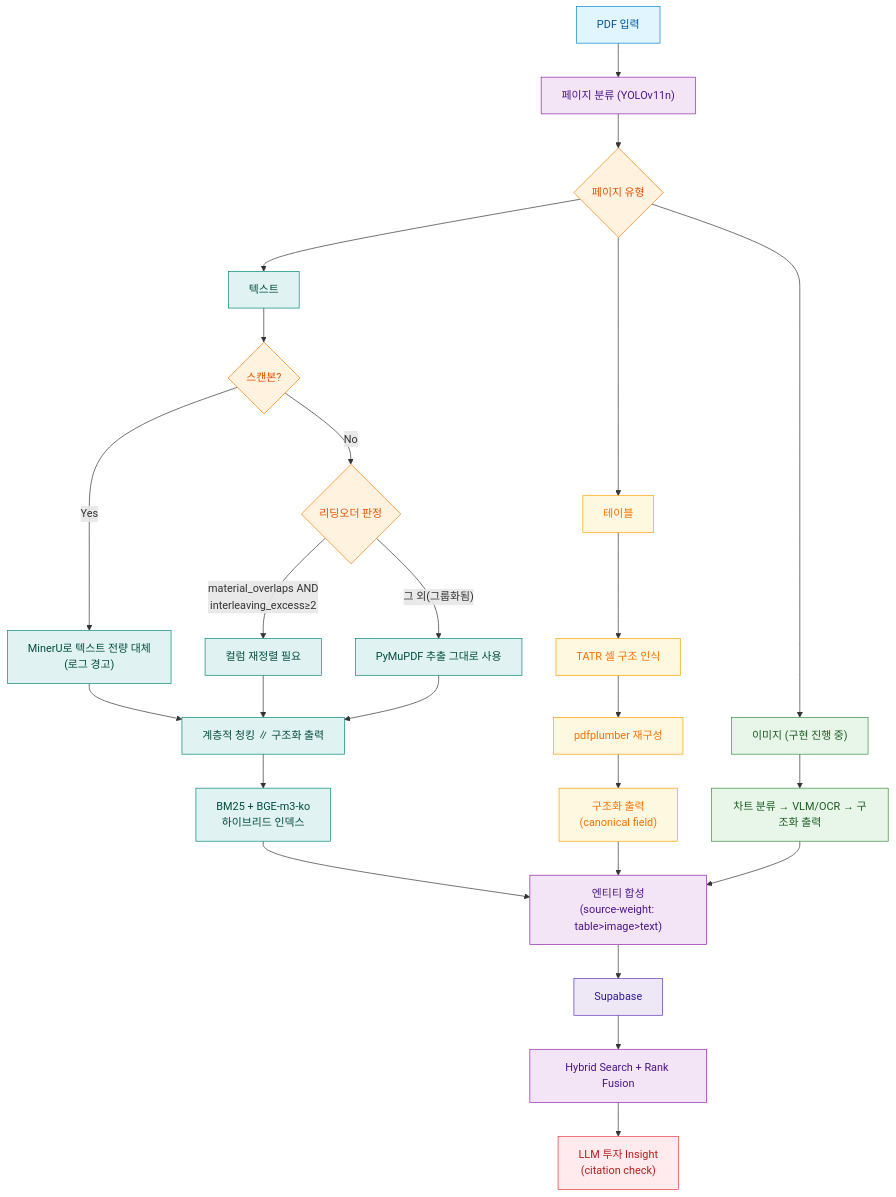
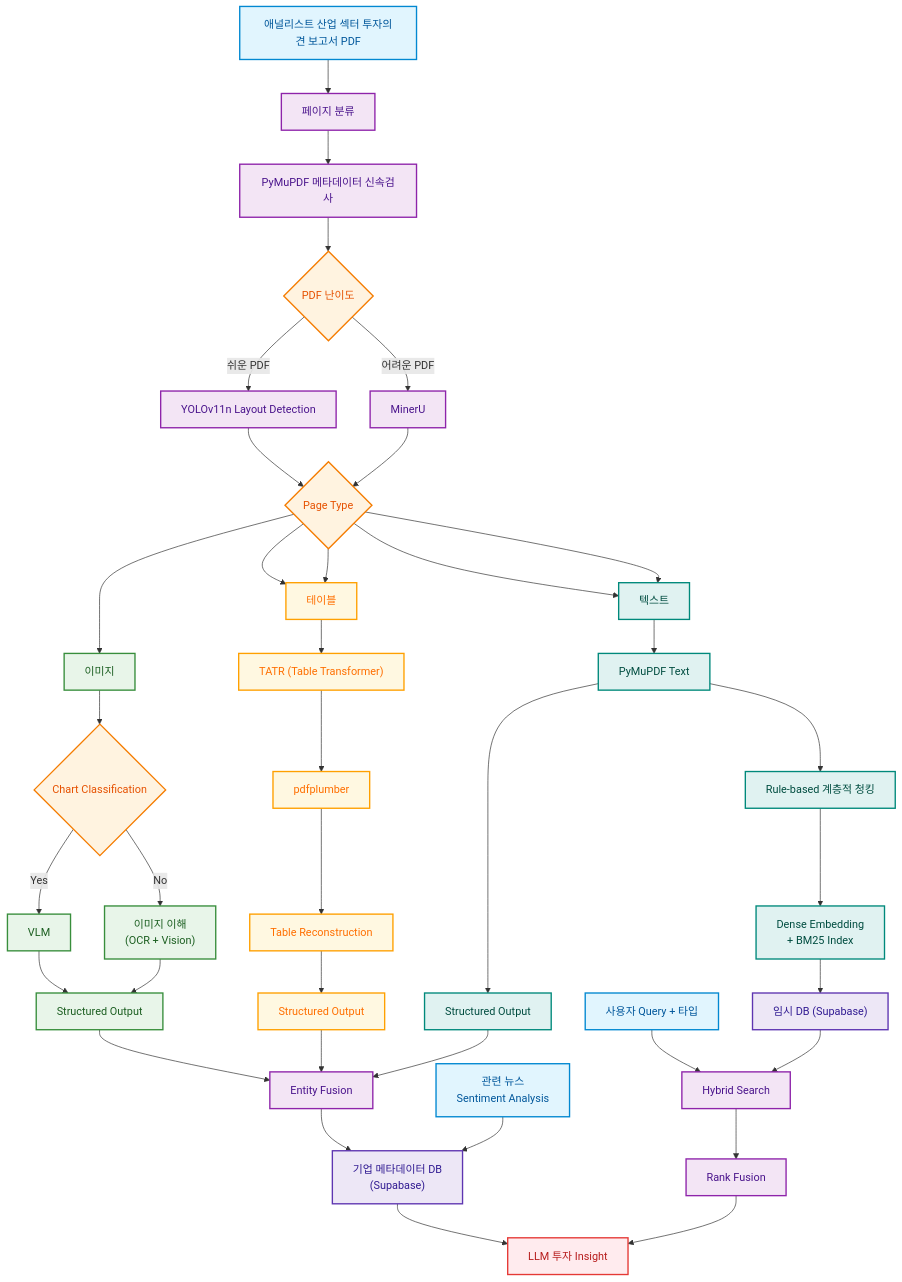
One commit to multiful/multimodality_RAG changed the diagram in README.md. Above: the diagram before and after it, drawn with Mermaid. The commit also changed other lines of this file, not shown here.

````diff
--- a/README.md
+++ b/README.md
@@ -9,38 +9,93 @@
 ```mermaid
 flowchart TD
-    A["PDF 입력"]:::inputFill --> B["페이지 분류 (YOLOv11n)"]:::processFill
-    B --> C{"페이지 유형"}:::branchFill
-    C --> TXT["텍스트"]:::textFill
-    C --> TAB["테이블"]:::tableFill
-    C --> IMG["이미지 (구현 진행 중)"]:::visionFill
 
-    TXT --> SCAN{"스캔본?"}:::branchFill
-    SCAN -->|Yes| MU["MinerU로 텍스트 전량 대체<br/>(로그 경고)"]:::textFill
-    SCAN -->|No| RO{"리딩오더 판정"}:::branchFill
-    RO -->|"material_overlaps AND<br/>interleaving_excess≥2"| HARD["컬럼 재정렬 필요"]:::textFill
-    RO -->|"그 외(그룹화됨)"| PM["PyMuPDF 추출 그대로 사용"]:::textFill
-    MU --> CHUNK["계층적 청킹 ∥ 구조화 출력"]:::textFill
-    HARD --> CHUNK
-    PM --> CHUNK
-    CHUNK --> IDX["BM25 + BGE-m3-ko<br/>하이브리드 인덱스"]:::textFill
+%% ---------------- STYLE DEFINITIONS ----------------
+classDef inputFill fill:#E1F5FE,stroke:#0288D1,stroke-width:2px,color:#01579B
+classDef branchFill fill:#FFF3E0,stroke:#F57C00,stroke-width:2px,color:#E65100
+classDef processFill fill:#F3E5F5,stroke:#8E24AA,stroke-width:2px,color:#4A148C
+classDef visionFill fill:#E8F5E9,stroke:#388E3C,stroke-width:2px,color:#1B5E20
+classDef tableFill fill:#FFF8E1,stroke:#FFA000,stroke-width:2px,color:#FF6F00
+classDef textFill fill:#E0F2F1,stroke:#00897B,stroke-width:2px,color:#004D40
+classDef dbFill fill:#EDE7F6,stroke:#5E35B1,stroke-width:2px,color:#311B92
+classDef outputFill fill:#FFEBEE,stroke:#E53935,stroke-width:2px,color:#B71C1C
 
-    TAB --> TATR["TATR 셀 구조 인식"]:::tableFill --> PLB["pdfplumber 재구성"]:::tableFill --> TABSO["구조화 출력<br/>(canonical field)"]:::tableFill
+%% ---------------- NODES & LINKS ----------------
+A["애널리스트 산업 섹터 투자의견 보고서 PDF"]:::inputFill
 
-    IMG --> IMGSO["차트 분류 → VLM/OCR → 구조화 출력"]:::visionFill
+A --> B["페이지 분류"]:::processFill
 
-    IDX --> FUSION["엔티티 합성<br/>(source-weight: table>image>text)"]:::processFill
-    TABSO --> FUSION
-    IMGSO --> FUSION
-    FUSION --> DB["Supabase"]:::dbFill
-    DB --> SEARCH["Hybrid Search + Rank Fusion"]:::processFill
-    SEARCH --> LLM["LLM 투자 Insight<br/>(citation check)"]:::outputFill
+B --> C["PyMuPDF 메타데이터 신속검사"]:::processFill
 
-    classDef inputFill fill:#E1F5FE,stroke:#0288D1,color:#01579B
-    classDef branchFill fill:#FFF3E0,stroke:#F57C00,color:#E65100
-    classDef processFill fill:#F3E5F5,stroke:#8E24AA,color:#4A148C
-    classDef visionFill fill:#E8F5E9,stroke:#388E3C,color:#1B5E20
-    classDef tableFill fill:#FFF8E1,stroke:#FFA000,color:#FF6F00
-    classDef textFill fill:#E0F2F1,stroke:#00897B,color:#004D40
-    classDef dbFill fill:#EDE7F6,stroke:#5E35B1,color:#311B92
-    classDef outputFill fill:#FFEBEE,stroke:#E53935,color:#B71C1C
+C --> D{"PDF 난이도"}:::branchFill
+
+D -->|쉬운 PDF| E["YOLOv11n Layout Detection"]:::processFill
+D -->|어려운 PDF| F["MinerU"]:::processFill
+
+E --> G
+F --> G
+
+G{"Page Type"}:::branchFill
+
+%% ---------------- IMAGE ----------------
+G --> TAB
+G --> TXT
+G --> IMG["이미지"]:::visionFill
+
+IMG --> CHART{"Chart Classification"}:::branchFill
+
+CHART -->|Yes| VLM["VLM"]:::visionFill
+
+CHART -->|No| IMGOCR["이미지 이해<br/>(OCR + Vision)"]:::visionFill
+
+VLM --> IMGSO["Structured Output"]:::visionFill
+
+IMGOCR --> IMGSO
+
+%% ---------------- TABLE ----------------
+G --> TAB["테이블"]:::tableFill
+
+TAB --> TATR["TATR (Table Transformer)"]:::tableFill
+
+TATR --> PDFPL["pdfplumber"]:::tableFill
+
+PDFPL --> RECON["Table Reconstruction"]:::tableFill
+
+RECON --> TABSO["Structured Output"]:::tableFill
+
+%% ---------------- TEXT ----------------
+G --> TXT["텍스트"]:::textFill
+
+TXT --> TEXT["PyMuPDF Text"]:::textFill
+
+TEXT --> SO["Structured Output"]:::textFill
+
+TEXT --> CHUNK["Rule-based 계층적 청킹"]:::textFill
+
+CHUNK --> EMB["Dense Embedding<br/>+ BM25 Index"]:::textFill
+
+EMB --> TMP["임시 DB (Supabase)"]:::dbFill
+
+%% ---------------- ENTITY ----------------
+IMGSO --> FUSION["Entity Fusion"]:::processFill
+
+TABSO --> FUSION
+
+SO --> FUSION
+
+FUSION --> META["기업 메타데이터 DB<br/>(Supabase)"]:::dbFill
+
+%% ---------------- SEARCH ----------------
+QUERY["사용자 Query + 타입"]:::inputFill --> SEARCH
+
+TMP --> SEARCH["Hybrid Search"]:::processFill
+
+SEARCH --> RRF["Rank Fusion"]:::processFill
+
+%% ---------------- NEWS ----------------
+NEWS["관련 뉴스<br/>Sentiment Analysis"]:::inputFill --> META
+
+%% ---------------- FINAL ----------------
+META --> LLM["LLM 투자 Insight"]:::outputFill
+
+RRF --> LLM
 ```
````
